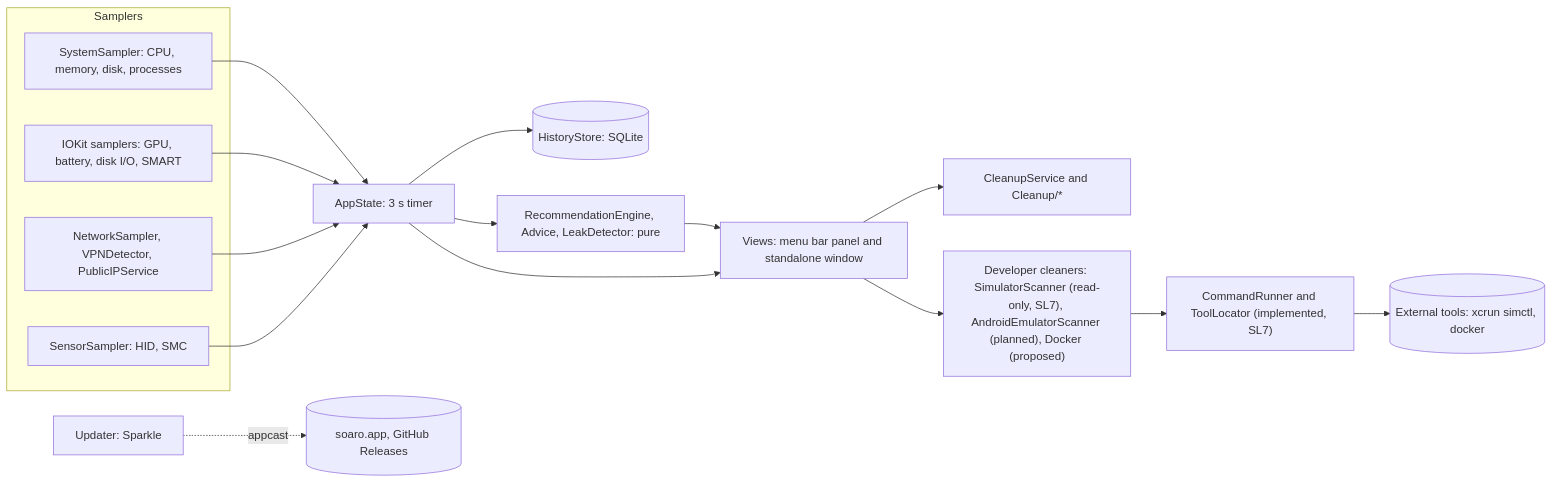
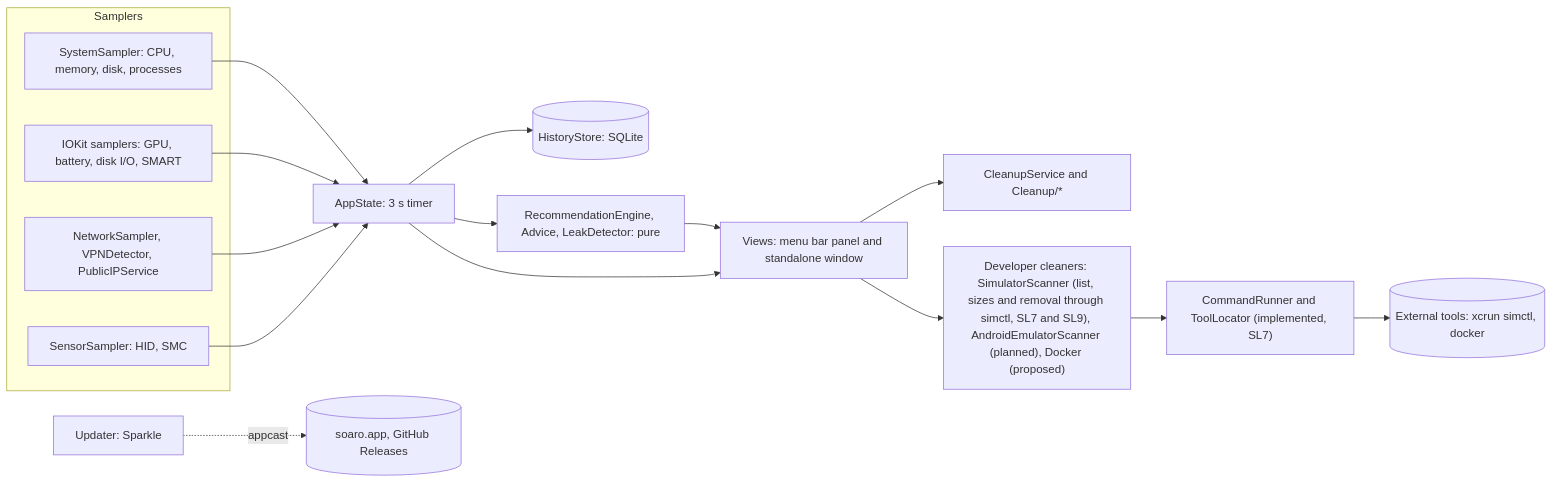
Before and after one commit to sebmafate/soaro: the diagram in ARCHITECTURE.md, drawn with Mermaid. The commit also changed other lines of this file and 5 other files, not shown here.

````diff
--- a/ARCHITECTURE.md
+++ b/ARCHITECTURE.md
@@ -33,31 +33,31 @@
 ```mermaid
 flowchart LR
   subgraph Samplers
     SS[SystemSampler: CPU, memory, disk, processes]
     IO[IOKit samplers: GPU, battery, disk I/O, SMART]
     NS[NetworkSampler, VPNDetector, PublicIPService]
     SE[SensorSampler: HID, SMC]
   end
   AS[AppState: 3 s timer]
   HS[(HistoryStore: SQLite)]
   RE[RecommendationEngine, Advice, LeakDetector: pure]
   UI[Views: menu bar panel and standalone window]
   CL[CleanupService and Cleanup/*]
-  DC["Developer cleaners: SimulatorScanner (read-only, SL7), AndroidEmulatorScanner (planned), Docker (proposed)"]
+  DC["Developer cleaners: SimulatorScanner (list, sizes and removal through simctl, SL7 and SL9), AndroidEmulatorScanner (planned), Docker (proposed)"]
   CR["CommandRunner and ToolLocator (implemented, SL7)"]
   EXT[("External tools: xcrun simctl, docker")]
   UP[Updater: Sparkle]
   SS --> AS
   IO --> AS
   NS --> AS
   SE --> AS
   AS --> HS
   AS --> RE
   RE --> UI
   AS --> UI
   UI --> CL
   UI --> DC
   DC --> CR
   CR --> EXT
   UP -. appcast .-> W[(soaro.app, GitHub Releases)]
 ```
````
